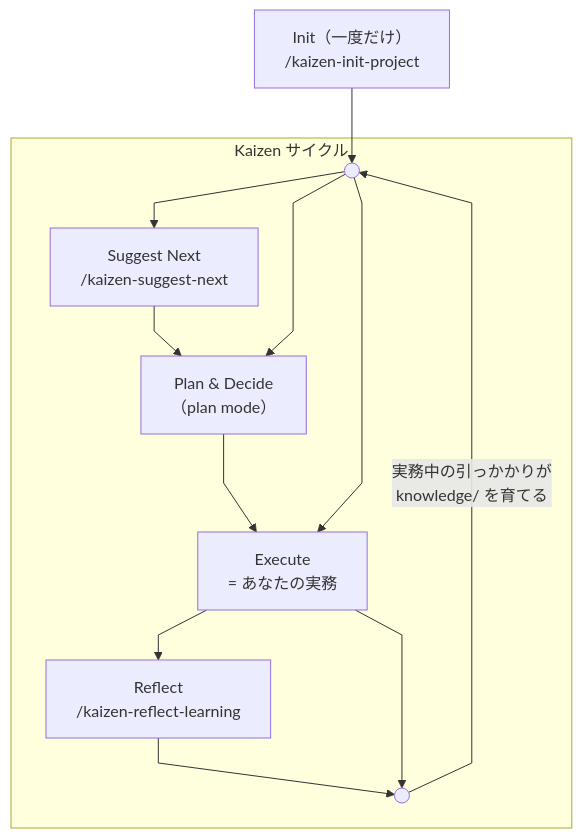
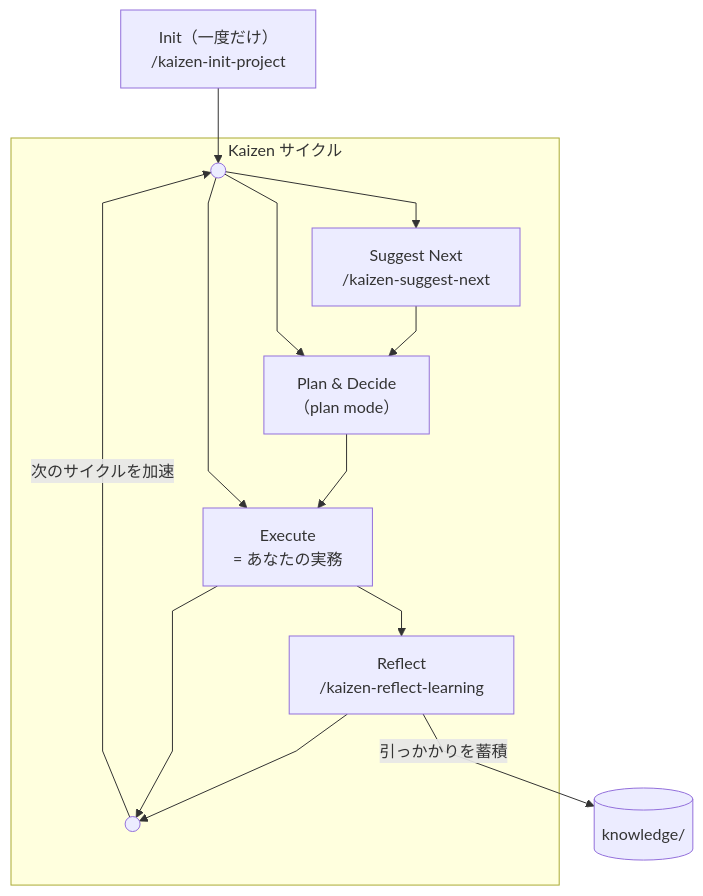
The diagram in docs/CONCEPT.ja.md (tomfook/kaizen-cli), drawn with Mermaid before and after one commit. The commit also changed 1 other file, not shown here.

Commit message:
style: move knowledge accumulation from feedback arrow to Reflect→Knowledge
- Add external Knowledge cylinder node outside the cycle
- Reflect now has a dedicated arrow to Knowledge ("accumulates learnings")
- Simplify feedback arrow to just "accelerates next cycle"

https://claude.ai/code/session_011ENnixXZ7xcQcWQSnBuWA9

````diff
--- a/docs/CONCEPT.ja.md
+++ b/docs/CONCEPT.ja.md
@@ -45,25 +45,27 @@
 ```mermaid
 ---
 config:
   flowchart:
     curve: linear
 ---
 graph TD
     Init["Init（一度だけ）<br>/kaizen-init-project"] --> Start
 
     subgraph Cycle [" Kaizen サイクル "]
         Start((" "))
         Suggest["Suggest Next<br>/kaizen-suggest-next"]
         Plan["Plan & Decide<br>（plan mode）"]
         Execute["Execute<br>= あなたの実務"]
         Reflect["Reflect<br>/kaizen-reflect-learning"]
         End((" "))
 
         Start --> Suggest --> Plan --> Execute --> Reflect --> End
         Start --> Plan
         Start --> Execute
         Execute --> End
     end
 
-    End -->|"実務中の引っかかりが<br>knowledge/ を育てる"| Start
+    Knowledge[("knowledge/")]
+    Reflect -->|"引っかかりを蓄積"| Knowledge
+    End -->|"次のサイクルを加速"| Start
 ```
````
